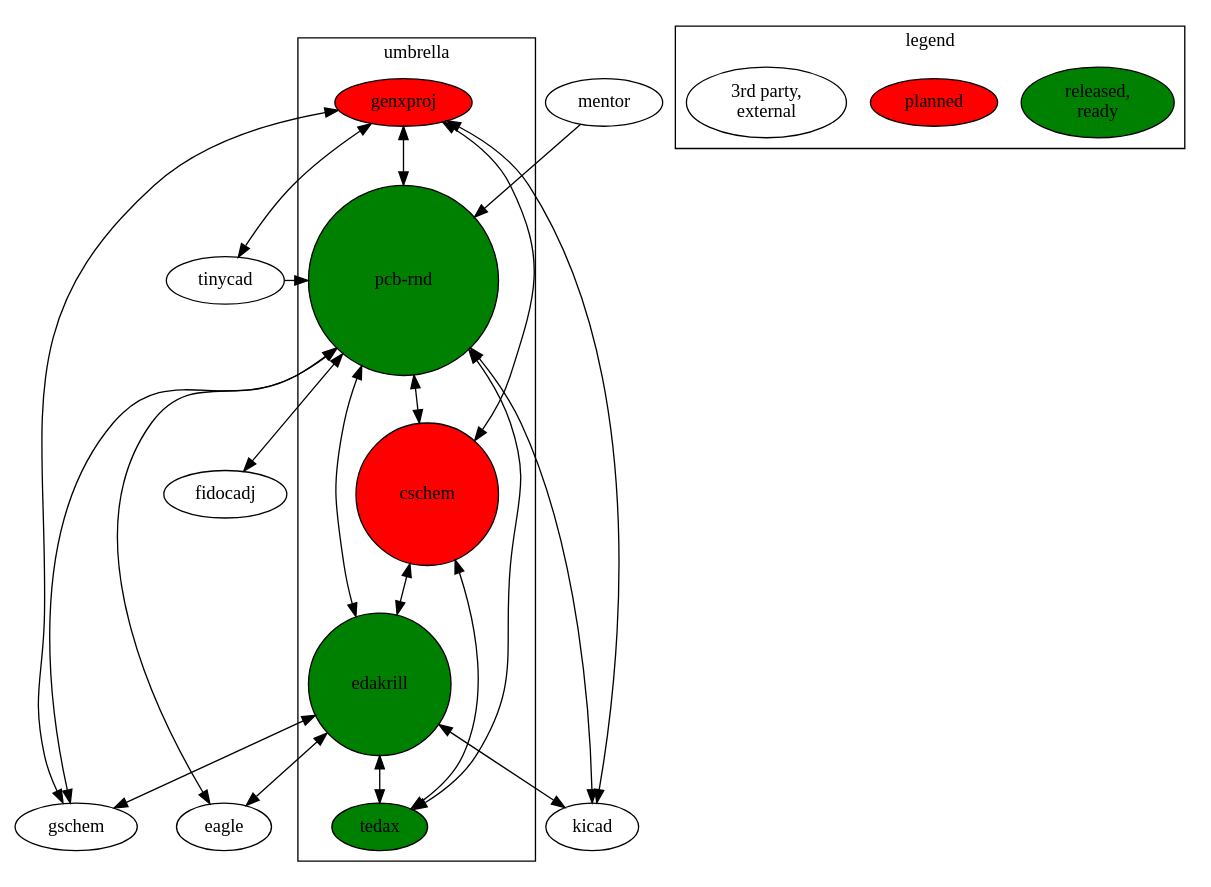
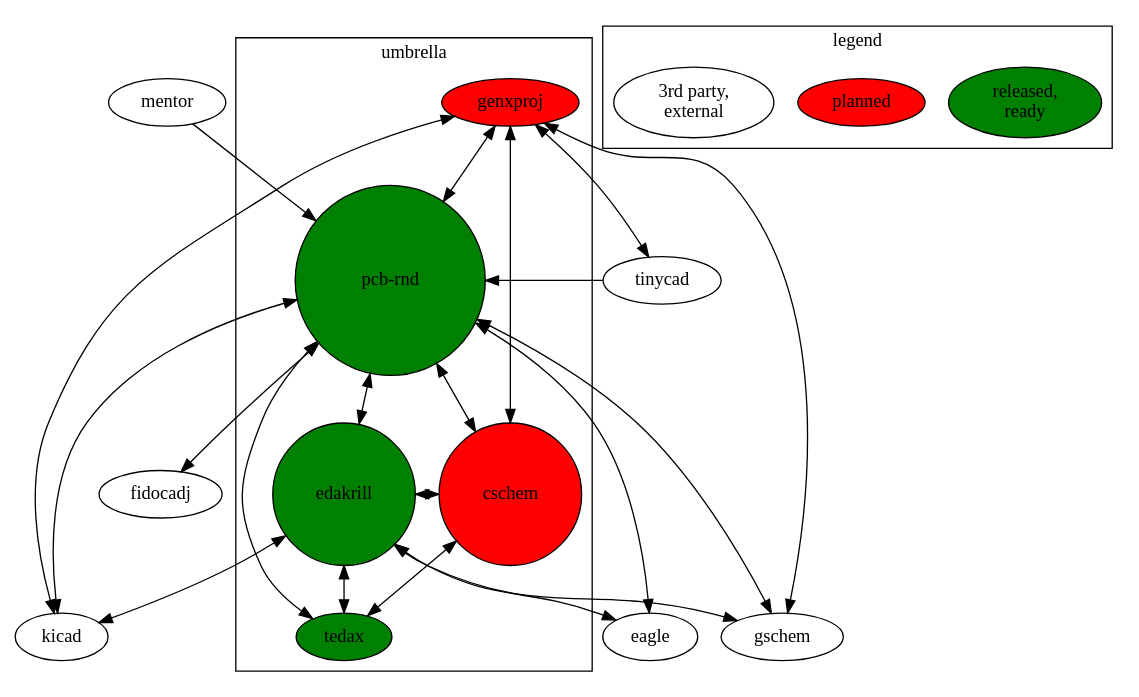
One commit to NoSuchProcess/pcb-rnd changed the diagram in doc/devlog/20170405/umbrella.dot. Above: the diagram before and after it, drawn with Graphviz. The commit also changed 1 other file, not shown here.

```diff
--- a/doc/devlog/20170405/umbrella.dot
+++ b/doc/devlog/20170405/umbrella.dot
@@ -1,50 +1,50 @@
 digraph g {
 
 
 	subgraph cluster_1 {
 		label="umbrella"
 		pcbrnd  [style=filled fillcolor=green label="pcb-rnd" height=2 width=2]
 		edakrill [style=filled fillcolor=green height=1.5 width=1.5]
 		tedax    [style=filled fillcolor=green]
 		cschem   [style=filled fillcolor=red height=1.5 width=1.5]
 		genxproj [style=filled fillcolor=red]
 	}
 
 	subgraph cluster_2 {
 		label="legend"
 		l1  [style=filled fillcolor=green label="released,\nready"]
 		l2  [style=filled fillcolor=red label="planned"]
 		l3  [label="3rd party,\nexternal"]
 	}
 
 
 	pcbrnd -> edakrill [dir=both weigth=100]
 	pcbrnd -> cschem [dir=both weigth=100]
 	pcbrnd -> tedax [dir=both weigth=100]
 	genxproj -> pcbrnd [dir=both weight=50]
 	genxproj -> cschem [dir=both weight=50]
 	cschem -> tedax [dir=both weigth=100]
 
-	cschem -> edakrill [dir=both]
+	cschem -> edakrill [dir=both constraint=false]
 
 	edakrill -> tedax [dir=both weight=50]
 
 
 	pcbrnd -> kicad [dir=both]
 	genxproj -> kicad [dir=both]
 	edakrill -> kicad [dir=both]
 
 	pcbrnd -> gschem [dir=both]
 	genxproj -> gschem [dir=both]
 	edakrill -> gschem [dir=both]
 
 	pcbrnd -> eagle [dir=both]
 	edakrill -> eagle [dir=both]
 
 	tinycad -> pcbrnd
 	genxproj -> tinycad [dir=both]
 
 	mentor -> pcbrnd
 	pcbrnd -> fidocadj [dir=both]
 
 }
```
